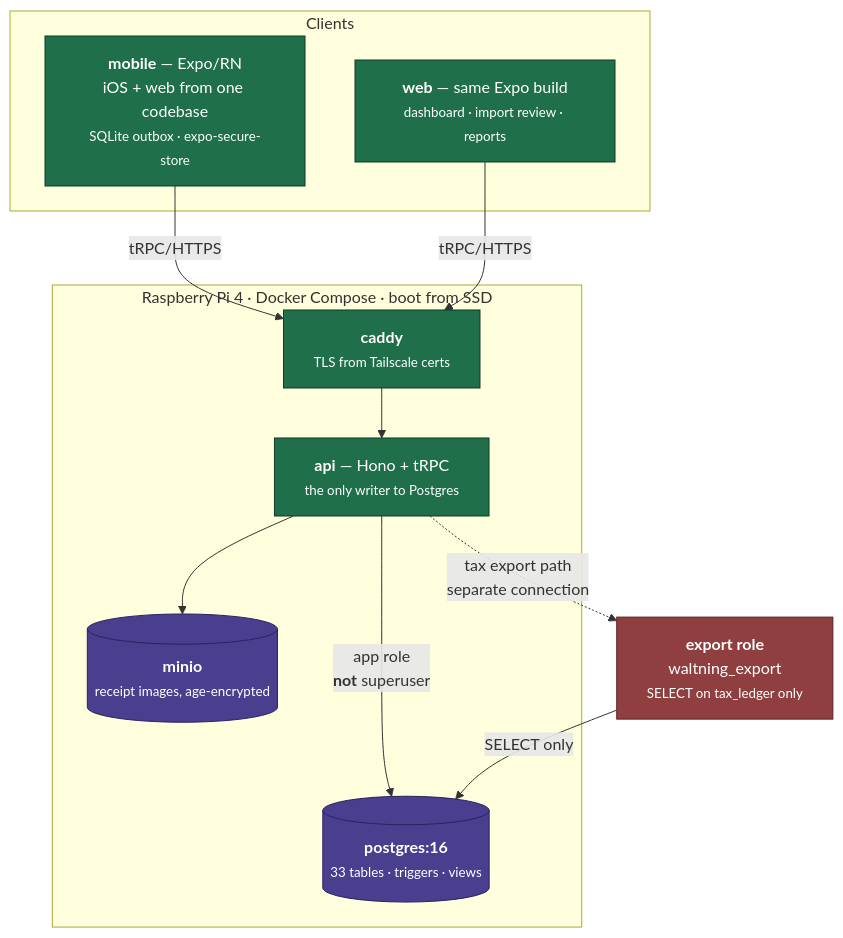
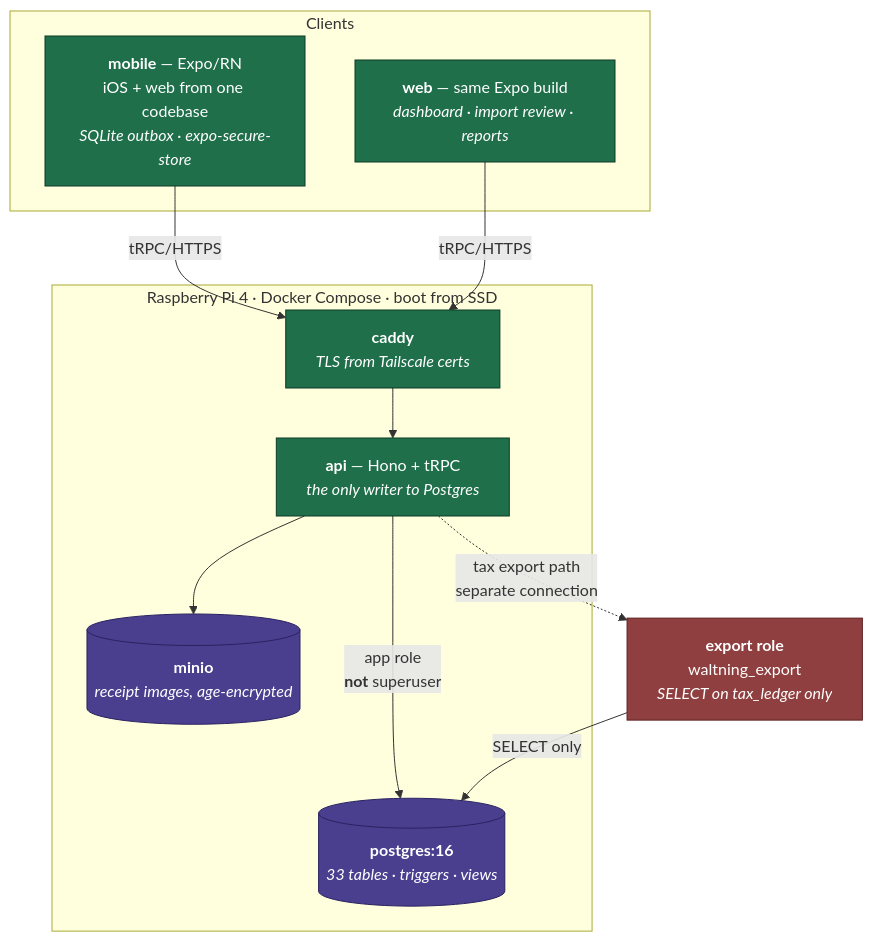
Before and after one commit to VoltLightning/waltning: the second of 4 diagrams in docs/specification/architecture/01-context-and-containers.md, drawn with Mermaid. The commit also changed other lines of this file and 15 other files, not shown here.

````diff
--- a/docs/specification/architecture/01-context-and-containers.md
+++ b/docs/specification/architecture/01-context-and-containers.md
@@ -70,31 +70,31 @@
 ```mermaid
 graph TB
     subgraph clients["Clients"]
-        IOS["<b>mobile</b> — Expo/RN<br/>iOS + web from one codebase<br/><small>SQLite outbox · expo-secure-store</small>"]
-        WEB["<b>web</b> — same Expo build<br/><small>dashboard · import review · reports</small>"]
+        IOS["<b>mobile</b> — Expo/RN<br/>iOS + web from one codebase<br/><i>SQLite outbox · expo-secure-store</i>"]
+        WEB["<b>web</b> — same Expo build<br/><i>dashboard · import review · reports</i>"]
     end
 
     subgraph pi["Raspberry Pi 4 · Docker Compose · boot from SSD"]
-        CADDY["<b>caddy</b><br/><small>TLS from Tailscale certs</small>"]
-        API["<b>api</b> — Hono + tRPC<br/><small>the only writer to Postgres</small>"]
-        PG[("<b>postgres:16</b><br/><small>33 tables · triggers · views</small>")]
-        MINIO[("<b>minio</b><br/><small>receipt images, age-encrypted</small>")]
+        CADDY["<b>caddy</b><br/><i>TLS from Tailscale certs</i>"]
+        API["<b>api</b> — Hono + tRPC<br/><i>the only writer to Postgres</i>"]
+        PG[("<b>postgres:16</b><br/><i>33 tables · triggers · views</i>")]
+        MINIO[("<b>minio</b><br/><i>receipt images, age-encrypted</i>")]
     end
 
-    EXPORT["<b>export role</b><br/>waltning_export<br/><small>SELECT on tax_ledger only</small>"]
+    EXPORT["<b>export role</b><br/>waltning_export<br/><i>SELECT on tax_ledger only</i>"]
 
     IOS -->|tRPC/HTTPS| CADDY
     WEB -->|tRPC/HTTPS| CADDY
     CADDY --> API
     API -->|"app role<br/><b>not</b> superuser"| PG
     API --> MINIO
     API -.->|"tax export path<br/>separate connection"| EXPORT
     EXPORT -->|"SELECT only"| PG
 
     classDef c fill:#1f6f4a,stroke:#0d3a26,color:#fff
     classDef d fill:#4a3f8f,stroke:#2a2260,color:#fff
     classDef role fill:#8f3f3f,stroke:#5c2020,color:#fff
     class IOS,WEB,CADDY,API c
     class PG,MINIO d
     class EXPORT role
 ```
````
